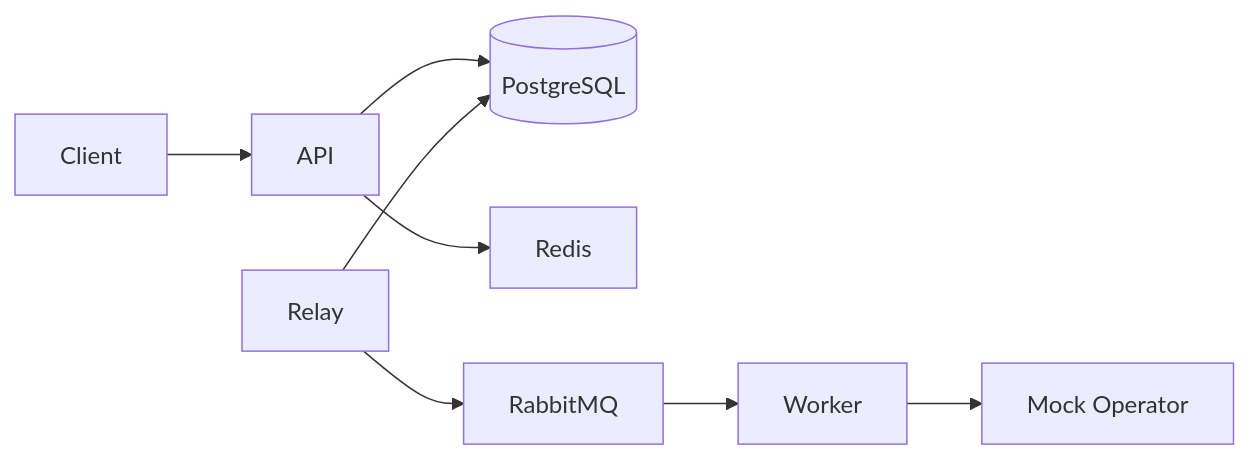
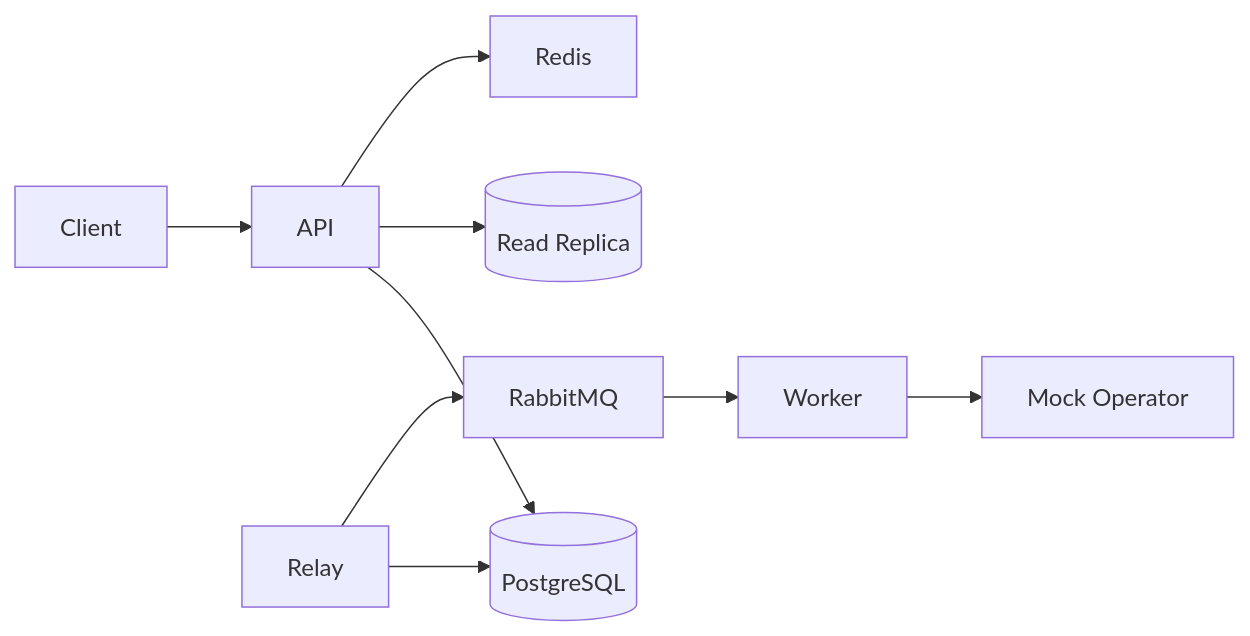
The diagram in SUBMISSION_EN.md (shahriyar3/arvan), drawn with Mermaid before and after one commit. The commit also changed other lines of this file and 23 other files, not shown here.

````diff
--- a/SUBMISSION_EN.md
+++ b/SUBMISSION_EN.md
@@ -15,9 +15,10 @@
 ```mermaid
 flowchart LR
     Client --> API
     API --> PGPrimary[(PostgreSQL)]
+    API --> PGReplica[(Read Replica)]
     API --> Redis
     Relay --> PGPrimary
     Relay --> RMQ[RabbitMQ]
     RMQ --> Worker --> MockOp[Mock Operator]
 ```
````
